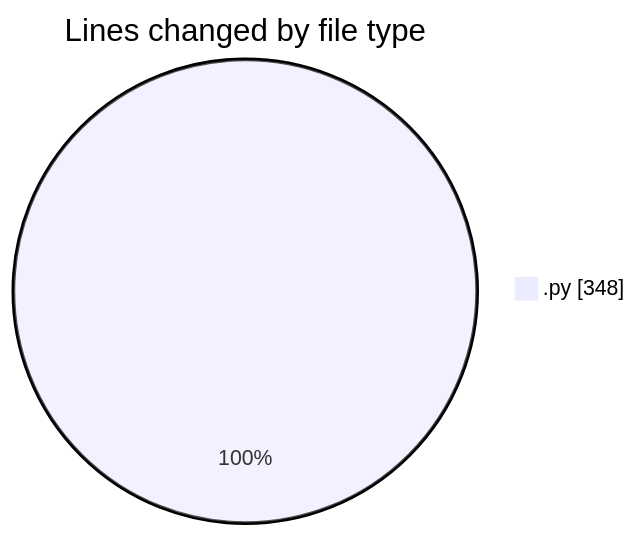
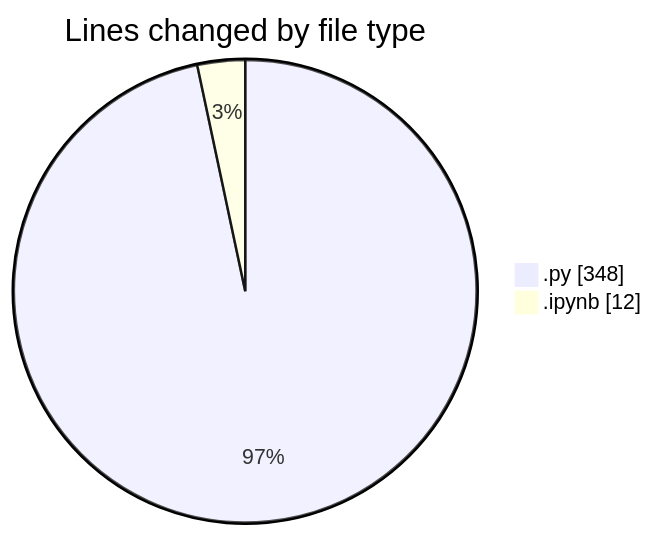
One commit to MatusMokan/code-tracking changed the first of 2 diagrams in 2025-03-21/myws__workspace_/README.md. Above: the diagram before and after it, drawn with Mermaid. The commit also changed other lines of this file and 1 other file, not shown here.

````diff
--- a/2025-03-21/myws__workspace_/README.md
+++ b/2025-03-21/myws__workspace_/README.md
@@ -20,5 +21,6 @@
 ```mermaid
 pie showData
 title Lines changed by file type
 ".py" : 348
+".ipynb" : 12
 ```
````
